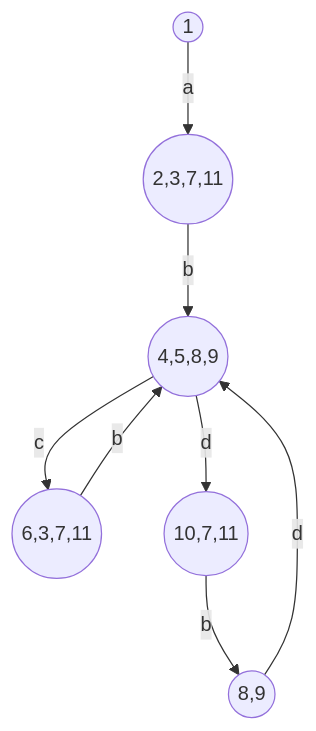
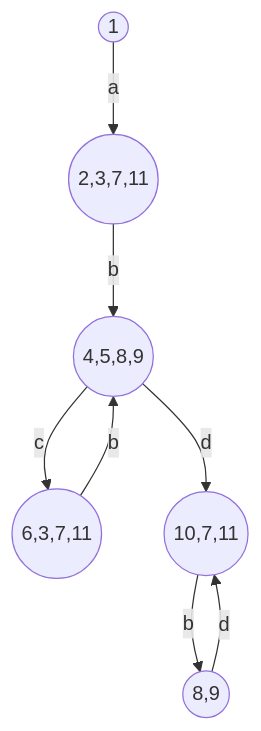
The third of 5 diagrams in infomatics-textbook-series-compiler/PROBLEMS-c2.md (U-Ar/book-reading), drawn with Mermaid before and after one commit. The commit also changed other lines of this file, not shown here.

````diff
--- a/infomatics-textbook-series-compiler/PROBLEMS-c2.md
+++ b/infomatics-textbook-series-compiler/PROBLEMS-c2.md
@@ -60,10 +60,10 @@
 ```mermaid
 graph TD;
   A((1)) --a--> B((2,3,7,11));
   B --b--> C((4,5,8,9));
   C --c--> D((6,3,7,11));
   D --b--> C
   C --d--> E((10,7,11));
   E --b--> F((8,9));
-  F --d--> C
+  F --d--> E
 ```
````
